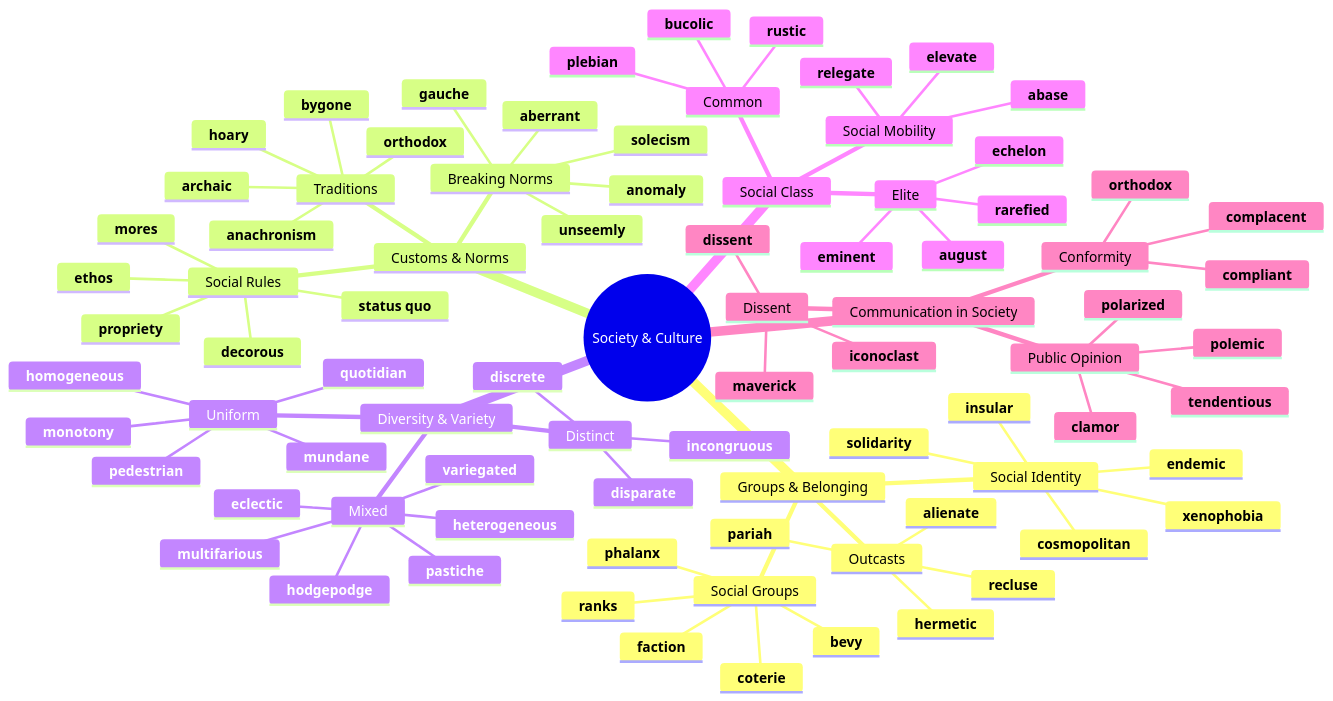
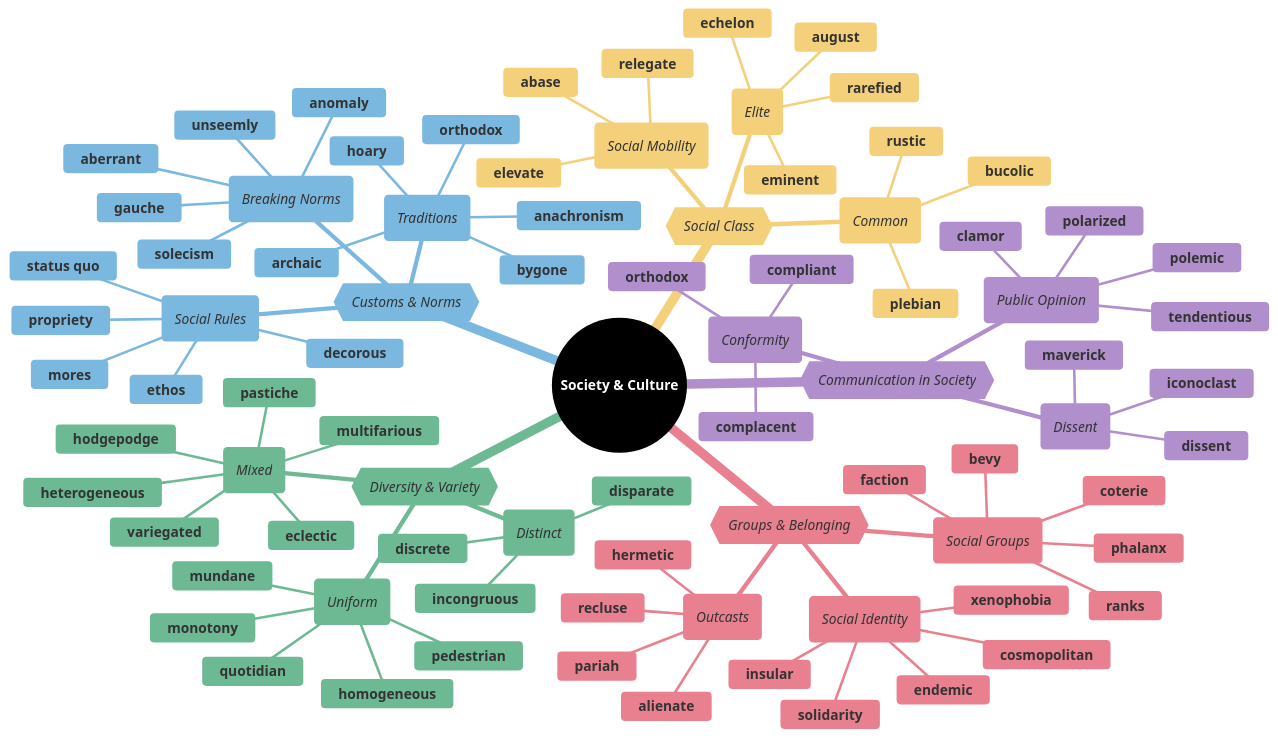
The first of 7 diagrams in mindmaps/13-society-and-culture.md (95anantsingh/gre-preparation), drawn with Mermaid before and after one commit. The commit also changed other lines of this file and 14 other files, not shown here.

````diff
--- a/mindmaps/13-society-and-culture.md
+++ b/mindmaps/13-society-and-culture.md
@@ -5,86 +5,105 @@
 ```mermaid
+%%{
+  init: {
+    "theme": "base",
+    "themeVariables": {
+      "primaryColor": "#000000",
+      "cScale1": "#e8808f",  "cScaleInv1": "#a33445",
+      "cScale2": "#7bb8e0",  "cScaleInv2": "#266a93",
+      "cScale3": "#6db993",  "cScaleInv3": "#23543f",
+      "cScale4": "#f5d07a",  "cScaleInv4": "#c4903b",
+      "cScale5": "#b08fcc",  "cScaleInv5": "#5d3b75",
+      "cScale6": "#74dace",  "cScaleInv6": "#217d72",
+      "cScale7": "#f09570",  "cScaleInv7": "#b84112",
+      "cScale8": "#8ea8c2",  "cScaleInv8": "#32465e",
+      "cScale9": "#cc7fba",  "cScaleInv9": "#7d2868",
+      "cScale10": "#c99a78", "cScaleInv10": "#7c4e32",
+      "cScale11": "#a3a3a3", "cScaleInv11": "#3d3d3d"
+    }
+  }
+}%%
 mindmap
-  root((Society & Culture))
-    Groups & Belonging
-      Social Groups
+  root((<font color=white>**Society & Culture**</font>))
+    {{_Groups & Belonging_}}
+      (_Social Groups_)
         **coterie**
         **faction**
         **phalanx**
         **bevy**
         **ranks**
-      Social Identity
+      (_Social Identity_)
         **solidarity**
         **cosmopolitan**
         **endemic**
         **insular**
         **xenophobia**
-      Outcasts
+      (_Outcasts_)
         **pariah**
         **recluse**
         **hermetic**
         **alienate**
-    Customs & Norms
-      Social Rules
+    {{_Customs & Norms_}}
+      (_Social Rules_)
         **mores**
         **propriety**
         **decorous**
         **ethos**
         **status quo**
-      Breaking Norms
+      (_Breaking Norms_)
         **solecism**
         **unseemly**
         **gauche**
         **aberrant**
         **anomaly**
-      Traditions
+      (_Traditions_)
         **orthodox**
         **archaic**
         **bygone**
         **anachronism**
         **hoary**
-    Diversity & Variety
-      Mixed
+    {{_Diversity & Variety_}}
+      (_Mixed_)
         **heterogeneous**
         **eclectic**
         **multifarious**
         **variegated**
         **hodgepodge**
         **pastiche**
-      Uniform
+      (_Uniform_)
         **homogeneous**
         **monotony**
         **mundane**
         **quotidian**
         **pedestrian**
-      Distinct
+      (_Distinct_)
         **discrete**
         **disparate**
         **incongruous**
-    Social Class
-      Elite
+    {{_Social Class_}}
+      (_Elite_)
         **rarefied**
         **echelon**
         **eminent**
         **august**
-      Common
+      (_Common_)
         **plebian**
         **rustic**
         **bucolic**
-      Social Mobility
+      (_Social Mobility_)
         **elevate**
         **abase**
         **relegate**
-    Communication in Society
-      Public Opinion
+    {{_Communication in Society_}}
+      (_Public Opinion_)
         **clamor**
         **polemic**
         **polarized**
         **tendentious**
-      Conformity
+      (_Conformity_)
         **compliant**
         **complacent**
         **orthodox**
-      Dissent
+      (_Dissent_)
         **maverick**
         **iconoclast**
         **dissent**
````
